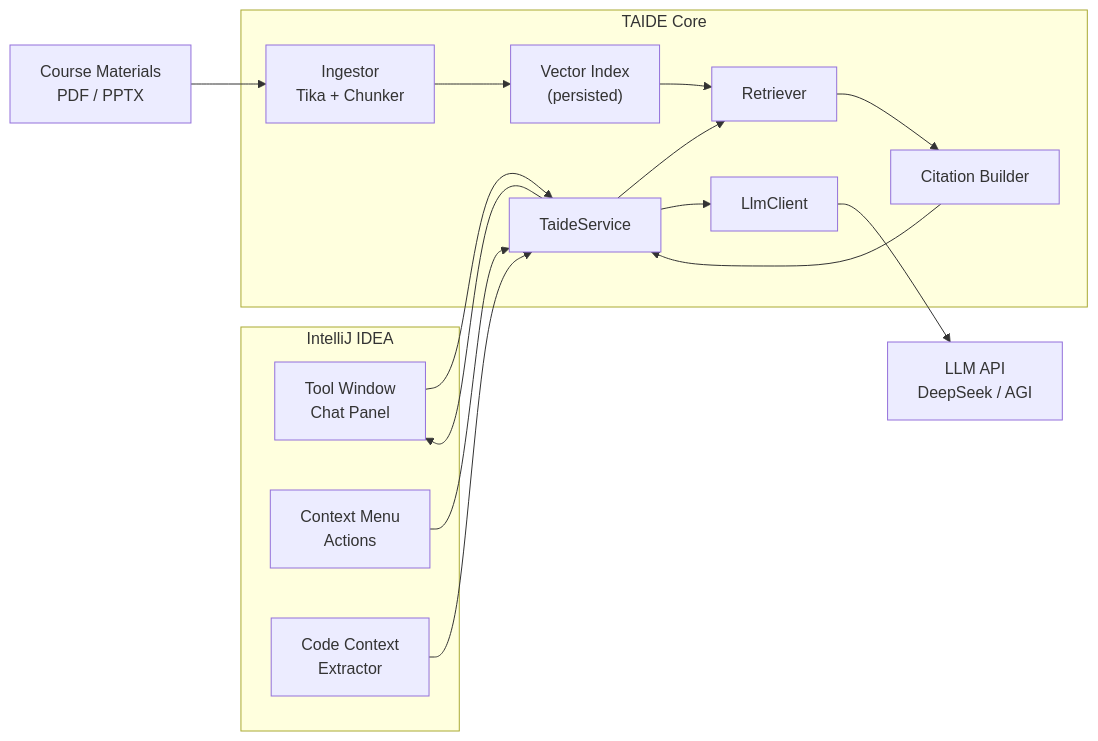
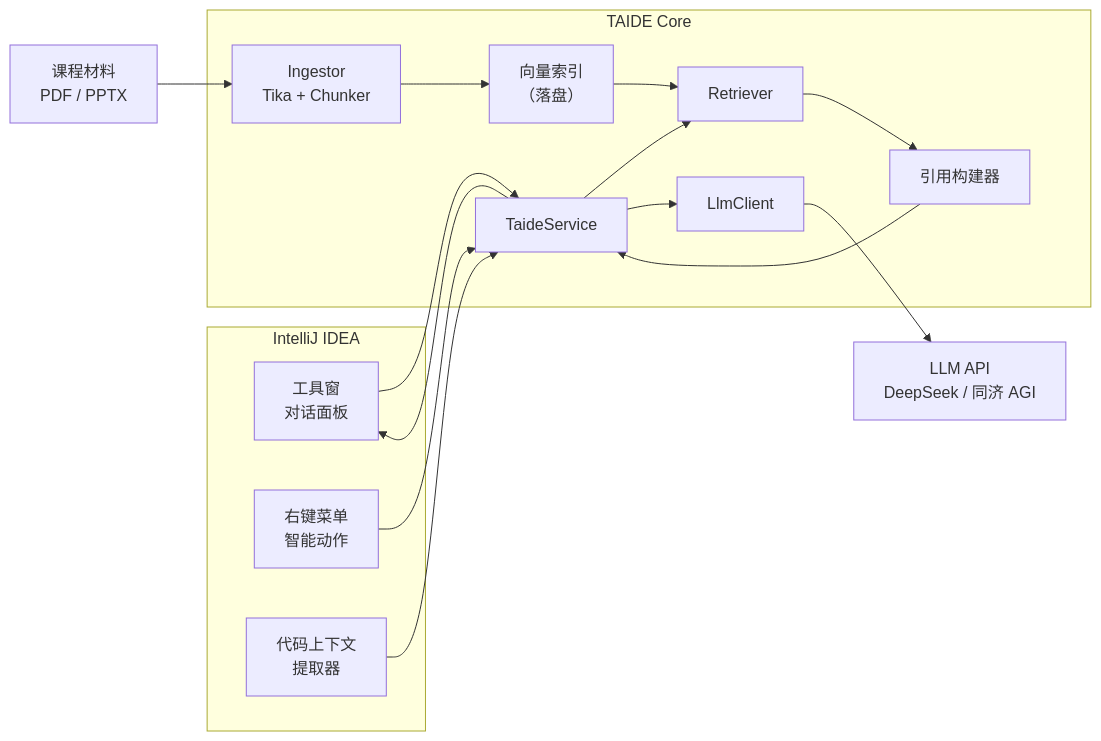
One commit to Keith-hq/taide changed the diagram in README.md. Above: the diagram before and after it, drawn with Mermaid. The commit also changed other lines of this file, not shown here.

Commit message:
docs(readme): 改写为中文开源风格（渐变头图 + 徽章墙）

````diff
--- a/README.md
+++ b/README.md
@@ -102,30 +104,30 @@
 ```mermaid
 flowchart LR
     subgraph IDE["IntelliJ IDEA"]
-        UI["Tool Window<br/>Chat Panel"]
-        ACT["Context Menu<br/>Actions"]
-        CTX["Code Context<br/>Extractor"]
+        UI["工具窗<br/>对话面板"]
+        ACT["右键菜单<br/>智能动作"]
+        CTX["代码上下文<br/>提取器"]
     end
 
     subgraph CORE["TAIDE Core"]
         SVC["TaideService"]
         RET["Retriever"]
-        IDX["Vector Index<br/>(persisted)"]
+        IDX["向量索引<br/>（落盘）"]
         ING["Ingestor<br/>Tika + Chunker"]
         LLM["LlmClient"]
-        CIT["Citation Builder"]
+        CIT["引用构建器"]
     end
 
-    MAT["Course Materials<br/>PDF / PPTX"]
-    API["LLM API<br/>DeepSeek / AGI"]
+    MAT["课程材料<br/>PDF / PPTX"]
+    API["LLM API<br/>DeepSeek / 同济 AGI"]
 
     MAT --> ING --> IDX
     IDX --> RET
     UI --> SVC
     ACT --> SVC
     CTX --> SVC
     SVC --> RET
     RET --> CIT --> SVC
     SVC --> LLM --> API
     SVC --> UI
 ```
````
